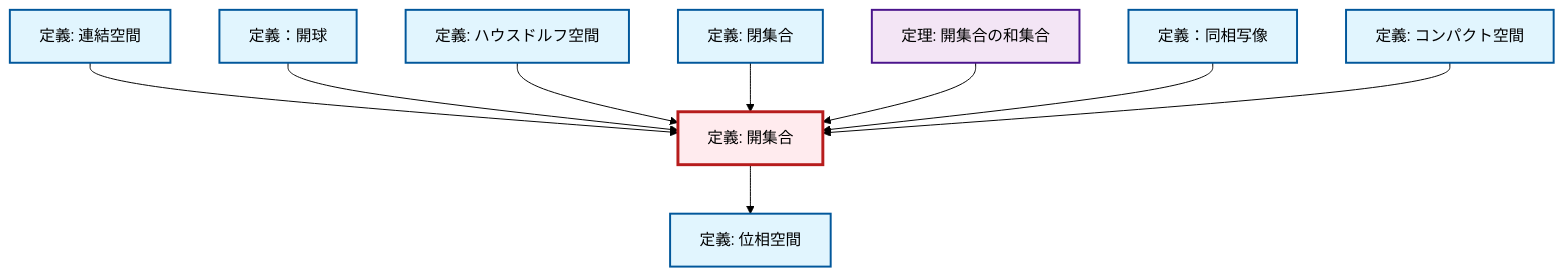
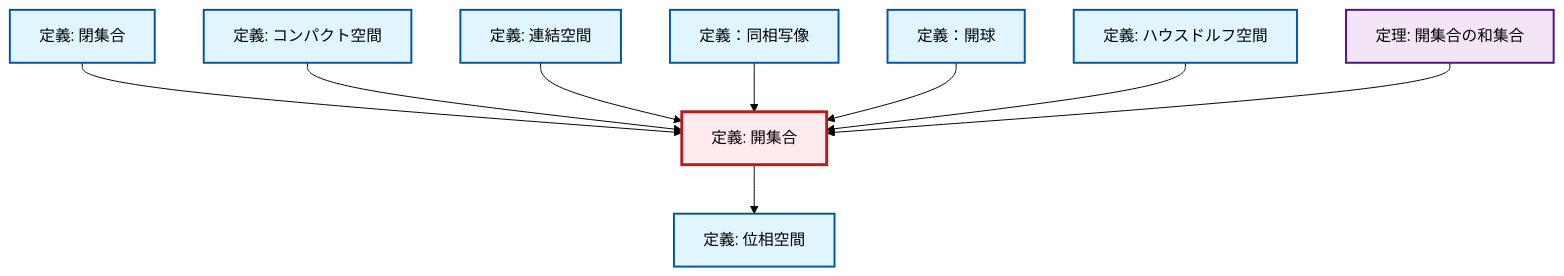
One commit to RK0429/ModernMath changed the diagram in content/ja/topology/def-open-set.qmd. Above: the diagram before and after it, drawn with Mermaid (forest theme). The commit also changed 672 other files, not shown here.

````diff
--- a/content/ja/topology/def-open-set.qmd
+++ b/content/ja/topology/def-open-set.qmd
@@ -55,35 +55,35 @@
 ```{mermaid}
-%%| fig-cap: "Local dependency graph"
+%%| fig-cap: "ローカル依存関係グラフ"
 graph TD
     classDef definition fill:#e1f5fe,stroke:#01579b,stroke-width:2px
     classDef theorem fill:#f3e5f5,stroke:#4a148c,stroke-width:2px
     classDef axiom fill:#fff3e0,stroke:#e65100,stroke-width:2px
     classDef example fill:#e8f5e9,stroke:#1b5e20,stroke-width:2px
     classDef current fill:#ffebee,stroke:#b71c1c,stroke-width:3px
-    def-connected["定義: 連結空間"]:::definition
-    def-open-set["定義: 開集合"]:::definition
+    def-topological-space["定義: 位相空間"]:::definition
+    def-compact["定義: コンパクト空間"]:::definition
     def-homeomorphism["定義：同相写像"]:::definition
     def-open-ball["定義：開球"]:::definition
-    thm-union-open-sets["定理: 開集合の和集合"]:::theorem
-    def-topological-space["定義: 位相空間"]:::definition
-    def-compact["定義: コンパクト空間"]:::definition
     def-closed-set["定義: 閉集合"]:::definition
     def-hausdorff["定義: ハウスドルフ空間"]:::definition
+    thm-union-open-sets["定理: 開集合の和集合"]:::theorem
+    def-open-set["定義: 開集合"]:::definition
+    def-connected["定義: 連結空間"]:::definition
+    def-closed-set --> def-open-set
+    def-compact --> def-open-set
     def-connected --> def-open-set
+    def-homeomorphism --> def-open-set
+    def-open-set --> def-topological-space
     def-open-ball --> def-open-set
     def-hausdorff --> def-open-set
-    def-open-set --> def-topological-space
-    def-closed-set --> def-open-set
     thm-union-open-sets --> def-open-set
-    def-homeomorphism --> def-open-set
-    def-compact --> def-open-set
     class def-open-set current
-    click def-connected "def-connected.html" "連結空間の定義へ"
+    click def-topological-space "def-topological-space.html" "位相空間の定義へ"
+    click def-compact "def-compact.html" "コンパクト空間の定義へ"
     click def-homeomorphism "def-homeomorphism.html" "定義：同相写像へ"
     click def-open-ball "def-open-ball.html" "定義：開球へ"
-    click thm-union-open-sets "thm-union-open-sets.html" "開集合の和集合の定理へ"
-    click def-topological-space "def-topological-space.html" "位相空間の定義へ"
-    click def-compact "def-compact.html" "コンパクト空間の定義へ"
     click def-closed-set "def-closed-set.html" "閉集合の定義へ"
     click def-hausdorff "def-hausdorff.html" "ハウスドルフ空間の定義へ"
+    click thm-union-open-sets "thm-union-open-sets.html" "開集合の和集合の定理へ"
+    click def-connected "def-connected.html" "連結空間の定義へ"
 ```
````
